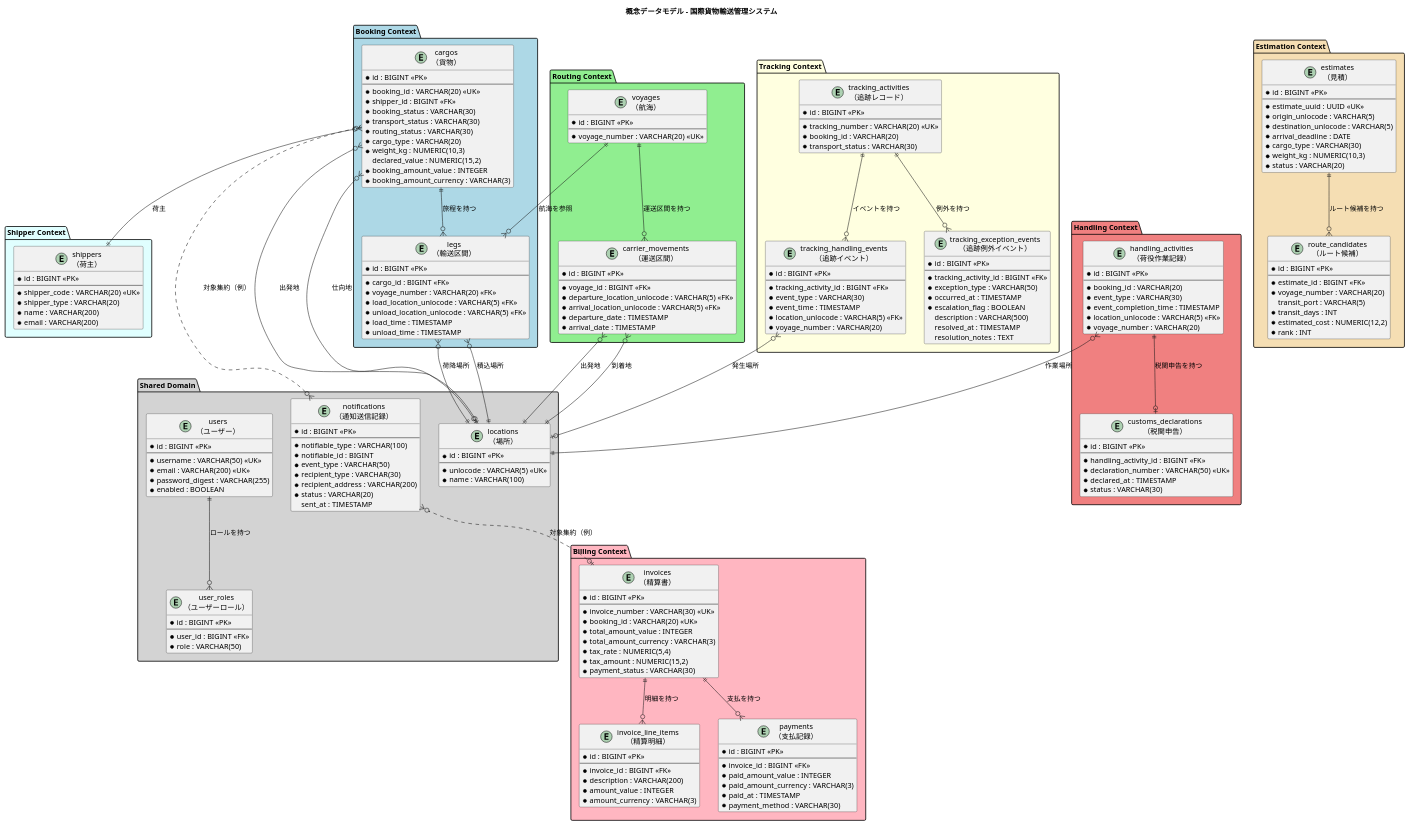
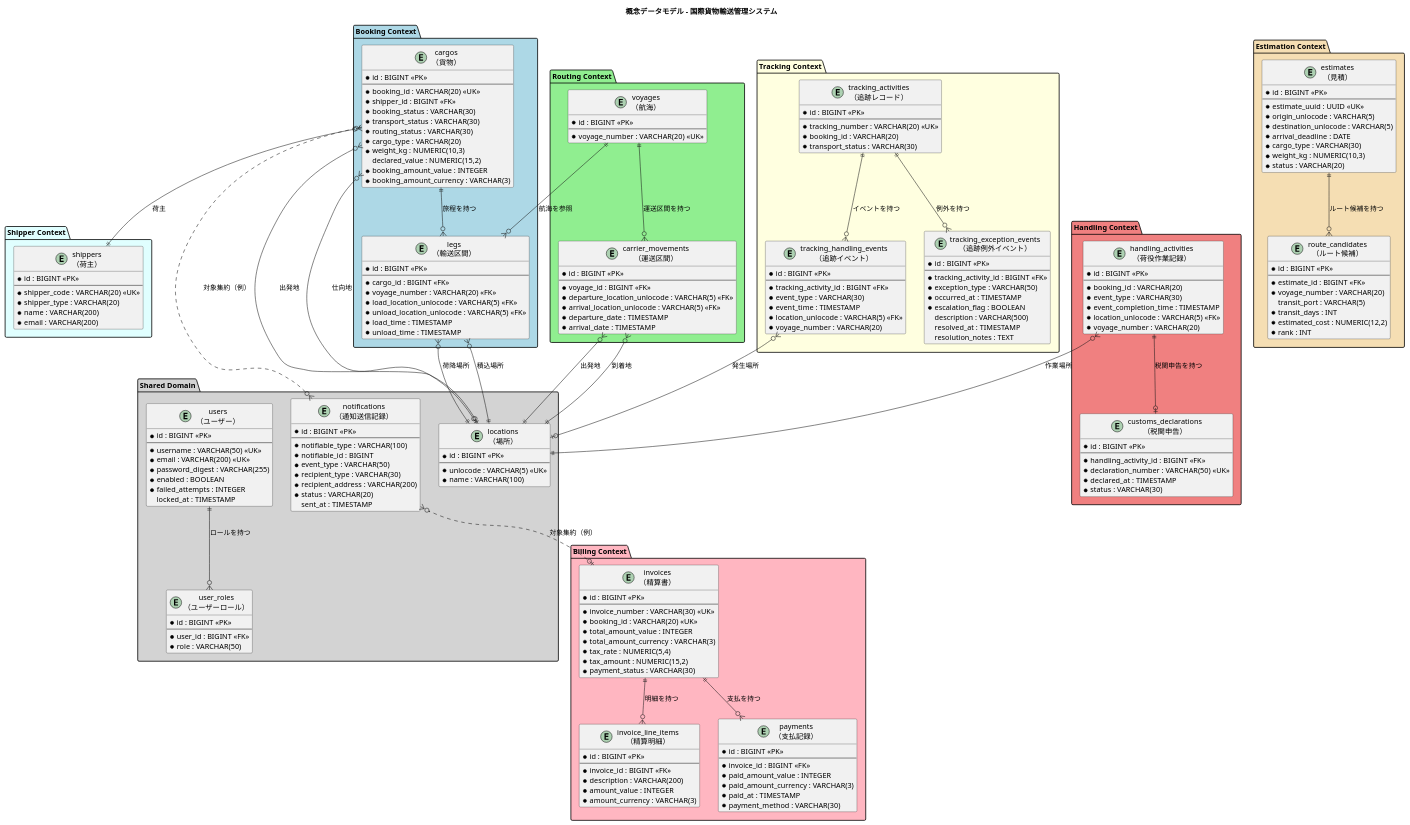
One commit to k2works/case-study-cargo-tracker changed the first of 10 diagrams in docs/design/data-model.md. Above: the diagram before and after it, drawn with PlantUML. The commit also changed other lines of this file and 2 other files, not shown here.

```diff
--- a/docs/design/data-model.md
+++ b/docs/design/data-model.md
@@ -57,6 +57,8 @@
     * email : VARCHAR(200) <<UK>>
     * password_digest : VARCHAR(255)
     * enabled : BOOLEAN
+    * failed_attempts : INTEGER
+    locked_at : TIMESTAMP
   }
 
   entity "user_roles\n（ユーザーロール）" as user_roles {
```
